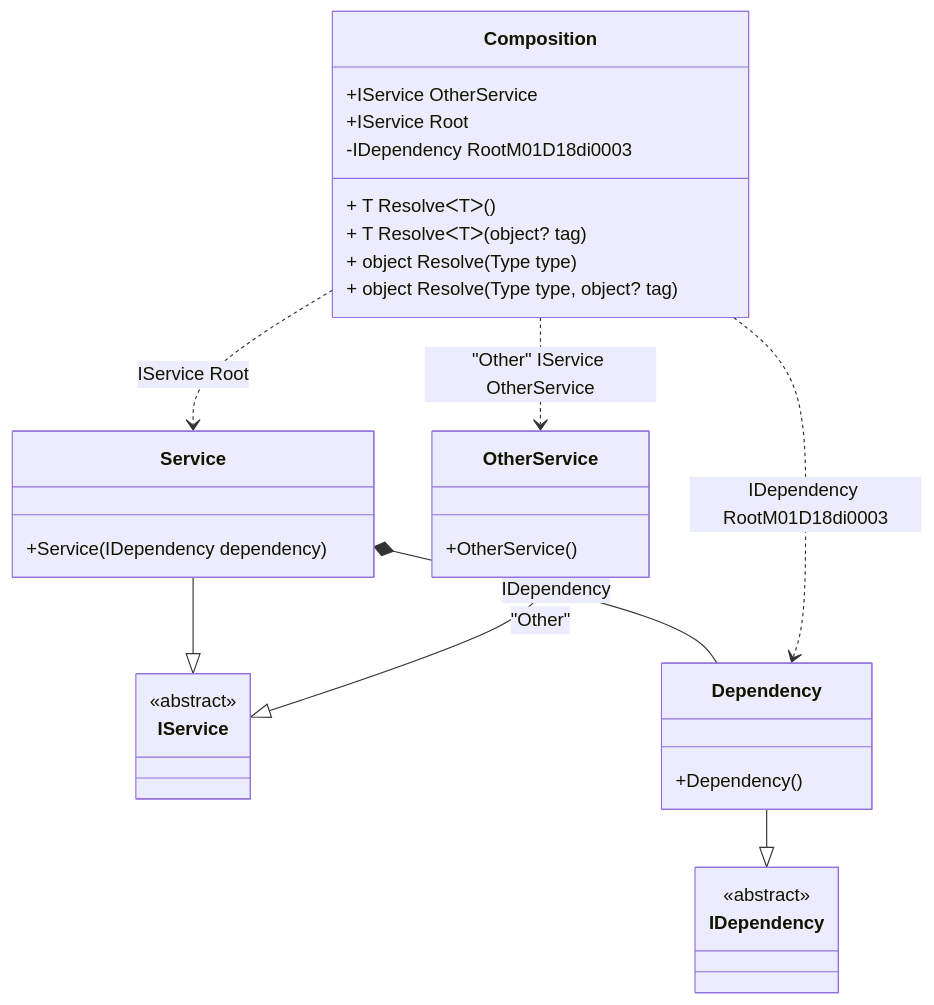
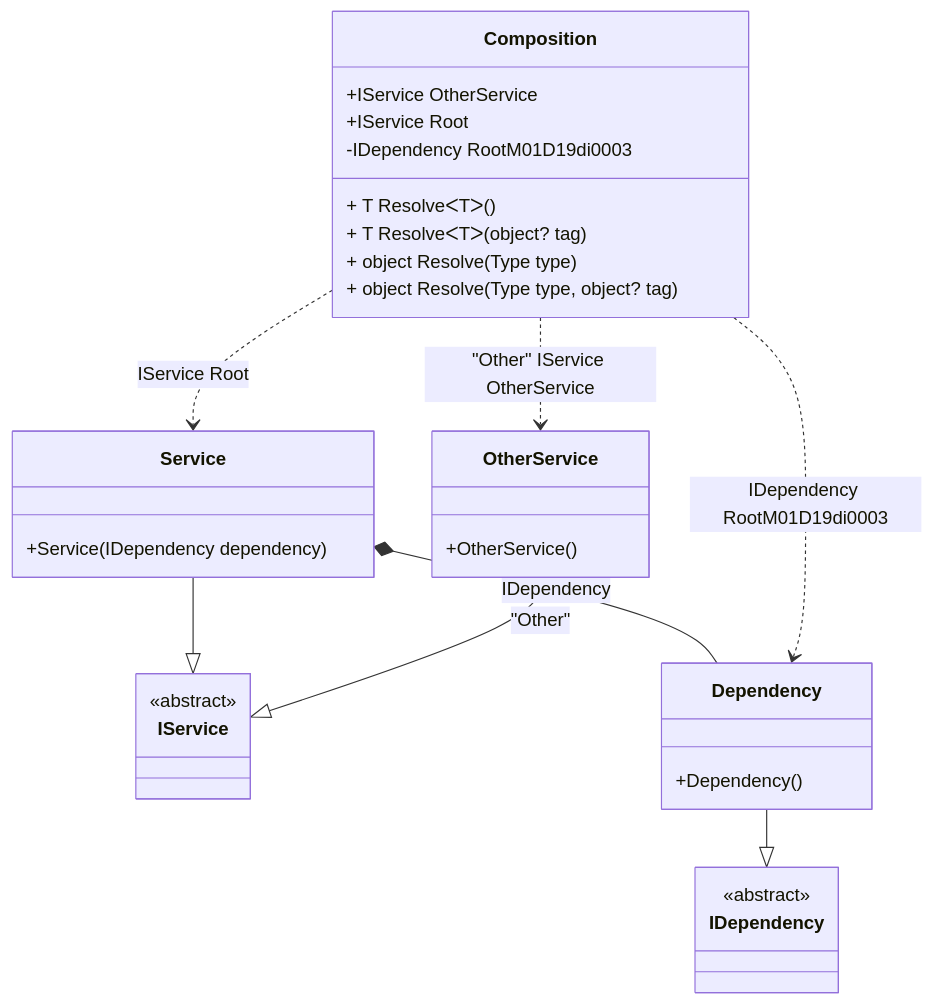
Before and after one commit to DevTeam/Pure.DI: the diagram in readme/composition-roots.md, drawn with Mermaid. The commit also changed other lines of this file and 113 other files, not shown here.

````diff
--- a/readme/composition-roots.md
+++ b/readme/composition-roots.md
@@ -43,34 +43,34 @@
 ```mermaid
 classDiagram
   class Composition {
     +IService OtherService
     +IService Root
-    -IDependency RootM01D18di0003
+    -IDependency RootM01D19di0003
     + T ResolveᐸTᐳ()
     + T ResolveᐸTᐳ(object? tag)
     + object Resolve(Type type)
     + object Resolve(Type type, object? tag)
   }
   Service --|> IService : 
   class Service {
     +Service(IDependency dependency)
   }
   OtherService --|> IService : "Other" 
   class OtherService {
     +OtherService()
   }
   Dependency --|> IDependency : 
   class Dependency {
     +Dependency()
   }
   class IService {
     <<abstract>>
   }
   class IDependency {
     <<abstract>>
   }
   Service *--  Dependency : IDependency
   Composition ..> Service : IService Root
   Composition ..> OtherService : "Other" IService OtherService
-  Composition ..> Dependency : IDependency RootM01D18di0003
+  Composition ..> Dependency : IDependency RootM01D19di0003
 ```
````
